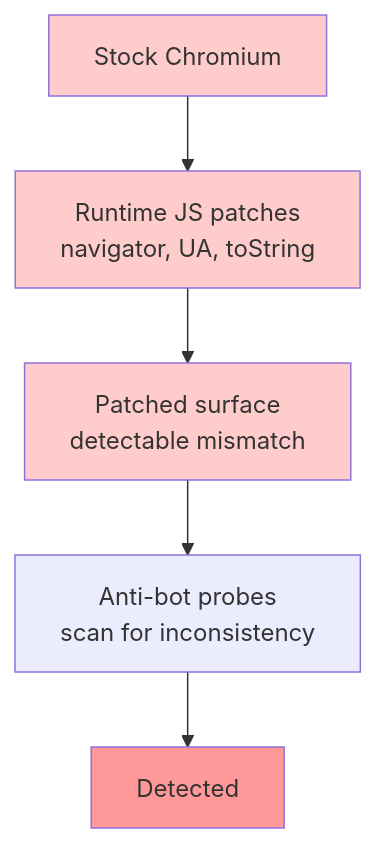
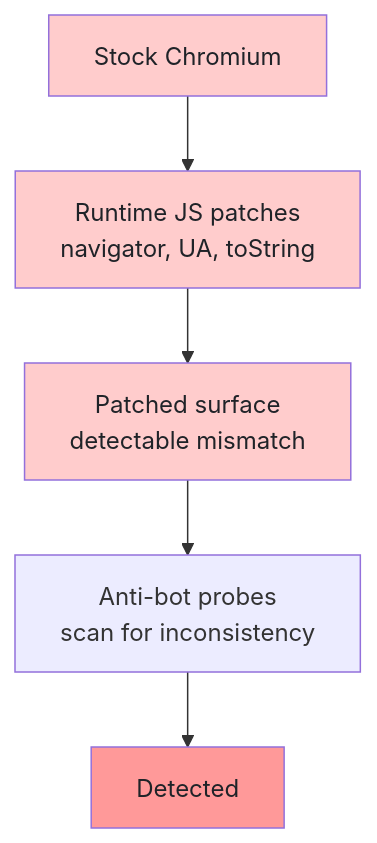
Before and after one commit to bytetunnels/bytetunnels.github.com: the first of 2 diagrams in _posts/2026-06-20-chromiumfish-engine-level-stealth-browser-fingerprint-hardening.md, drawn with Mermaid. The commit also changed other lines of this file and 118 other files, not shown here.

Commit message:
feat: improve diagram styling and compact wide flowcharts

````diff
--- a/_posts/2026-06-20-chromiumfish-engine-level-stealth-browser-fingerprint-hardening.md
+++ b/_posts/2026-06-20-chromiumfish-engine-level-stealth-browser-fingerprint-hardening.md
@@ -27,12 +27,12 @@
 ```mermaid
 graph TD
     A["Stock Chromium"] --> B["Runtime JS patches<br>navigator, UA, toString"]
     B --> C["Patched surface<br>detectable mismatch"]
     C --> D["Anti-bot probes<br>scan for inconsistency"]
     D --> E["Detected"]
 
-    style A fill:#ffcccc
-    style B fill:#ffcccc
-    style C fill:#ffcccc
-    style E fill:#ff9999
+    style A fill:#ffcccc,color:#1f2328
+    style B fill:#ffcccc,color:#1f2328
+    style C fill:#ffcccc,color:#1f2328
+    style E fill:#ff9999,color:#1f2328
 ```
````
